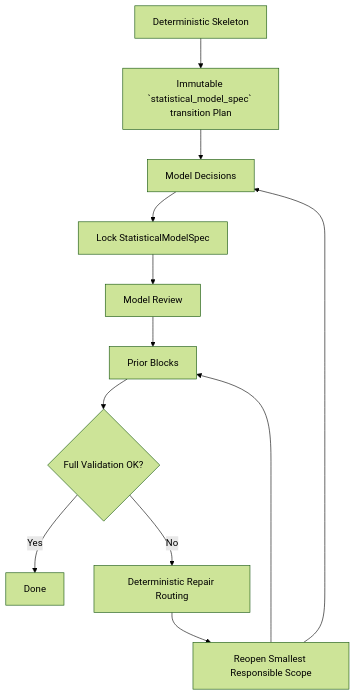
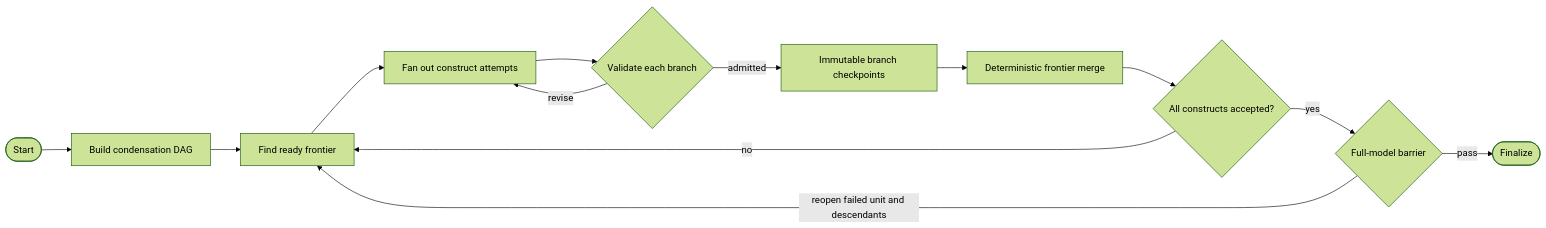
One commit to ma9o/causal-ssm-agent changed the diagram in docs/reference/statistical-model-spec/state-machine.md. Above: the diagram before and after it, drawn with Mermaid (forest theme). The commit also changed other lines of this file and 291 other files, not shown here.

First line of the commit message:
Rebuild model specification around parallel construct admission

````diff
--- a/docs/reference/statistical-model-spec/state-machine.md
+++ b/docs/reference/statistical-model-spec/state-machine.md
@@ -63,14 +22,15 @@
 ```mermaid
-flowchart TD
-    A[Deterministic Skeleton] --> B[Immutable `statistical_model_spec` transition Plan]
-    B --> C[Model Decisions]
-    C --> D[Lock StatisticalModelSpec]
-    D --> E[Model Review]
-    E --> F[Prior Blocks]
-    F --> G{Full Validation OK?}
-    G -- Yes --> H[Done]
-    G -- No --> I[Deterministic Repair Routing]
-    I --> J[Reopen Smallest Responsible Scope]
-    J --> C
-    J --> F
+flowchart LR
+    S([Start]) --> P[Build condensation DAG]
+    P --> R[Find ready frontier]
+    R --> F[Fan out construct attempts]
+    F --> V{Validate each branch}
+    V -- revise --> F
+    V -- admitted --> B[Immutable branch checkpoints]
+    B --> M[Deterministic frontier merge]
+    M --> N{All constructs accepted?}
+    N -- no --> R
+    N -- yes --> G{Full-model barrier}
+    G -- reopen failed unit and descendants --> R
+    G -- pass --> Z([Finalize])
 ```
````
